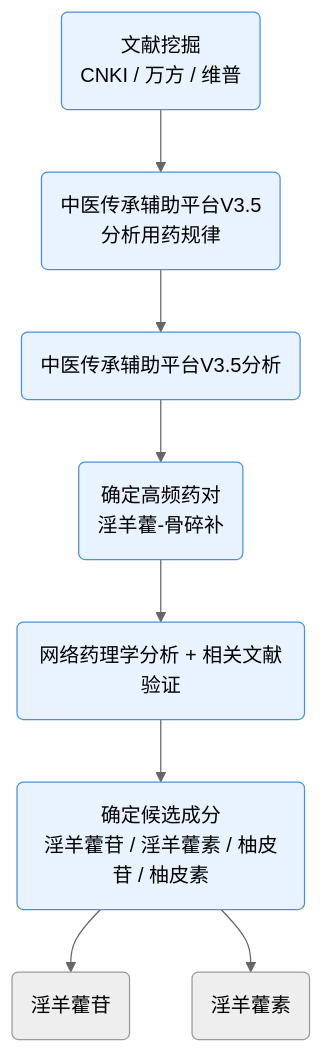
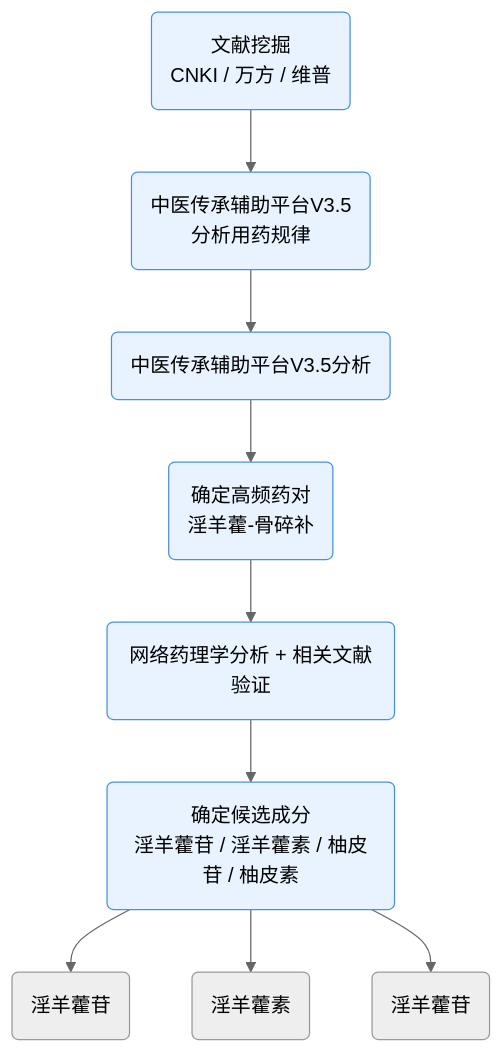
One commit to Yaotian99/iodraw-files changed the diagram in all/未命名-1.md. Above: the diagram before and after it, drawn with Mermaid (neutral theme).

Commit message:
2026-06-24 09:04:25 update

````diff
--- a/all/未命名-1.md
+++ b/all/未命名-1.md
@@ -1,20 +1,21 @@
 ```mermaid
 graph TD
 
 A1(文献挖掘<br/>CNKI / 万方 / 维普) --> A2(中医传承辅助平台V3.5<br/>分析用药规律)
 A2 --> A3(中医传承辅助平台V3.5分析)
 A3 --> A4(确定高频药对<br/>淫羊藿-骨碎补)
 A4 --> A5(网络药理学分析 + 相关文献验证)
 A5 --> A6(确定候选成分<br/>淫羊藿苷 / 淫羊藿素 / 柚皮苷 / 柚皮素)
 A6 --> A71(淫羊藿苷)
 A6 --> A72(淫羊藿素)
+A6 --> A73(淫羊藿苷)
 
 classDef basis fill:#E8F3FF,stroke:#4A90E2,stroke-width:1px,color:#000;
 classDef network fill:#EAF8EF,stroke:#43A047,stroke-width:1px,color:#000;
 classDef result fill:#FFECEC,stroke:#E53935,stroke-width:1px,color:#000;
 
 class A1,A2,A3,A4,A5,A6 basis;
 class B1,B2,B3,B4,B5,B6 network;
 class C1,C2,C3 result;
   
 ```
````
